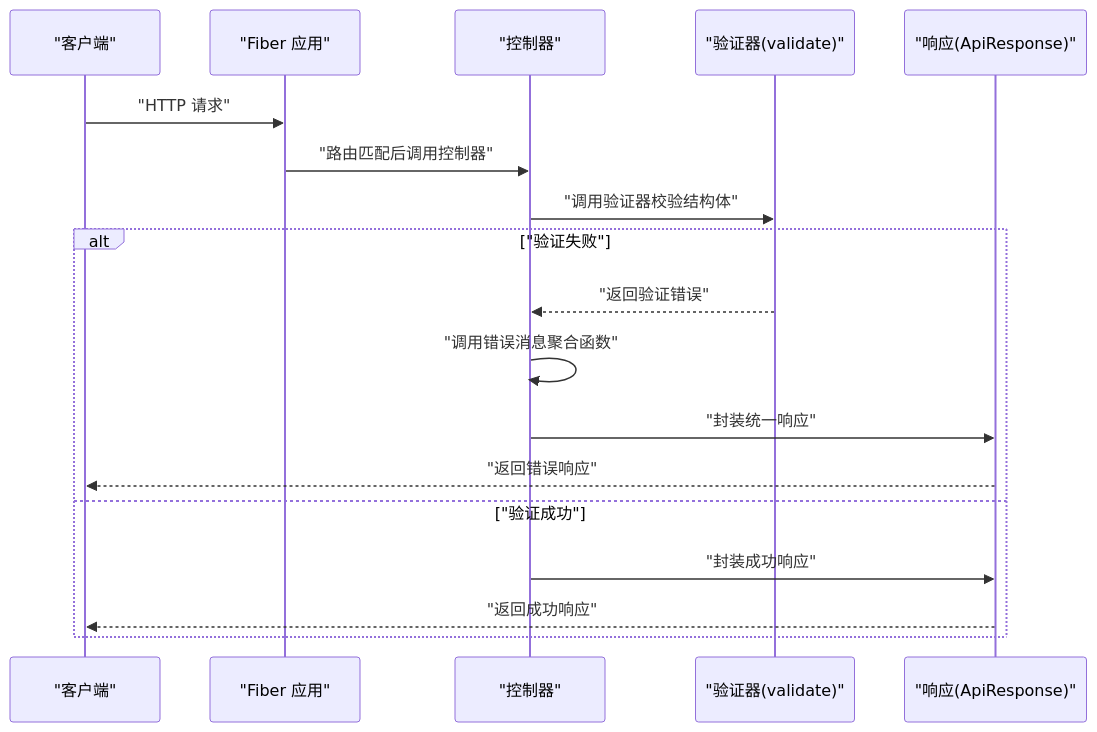
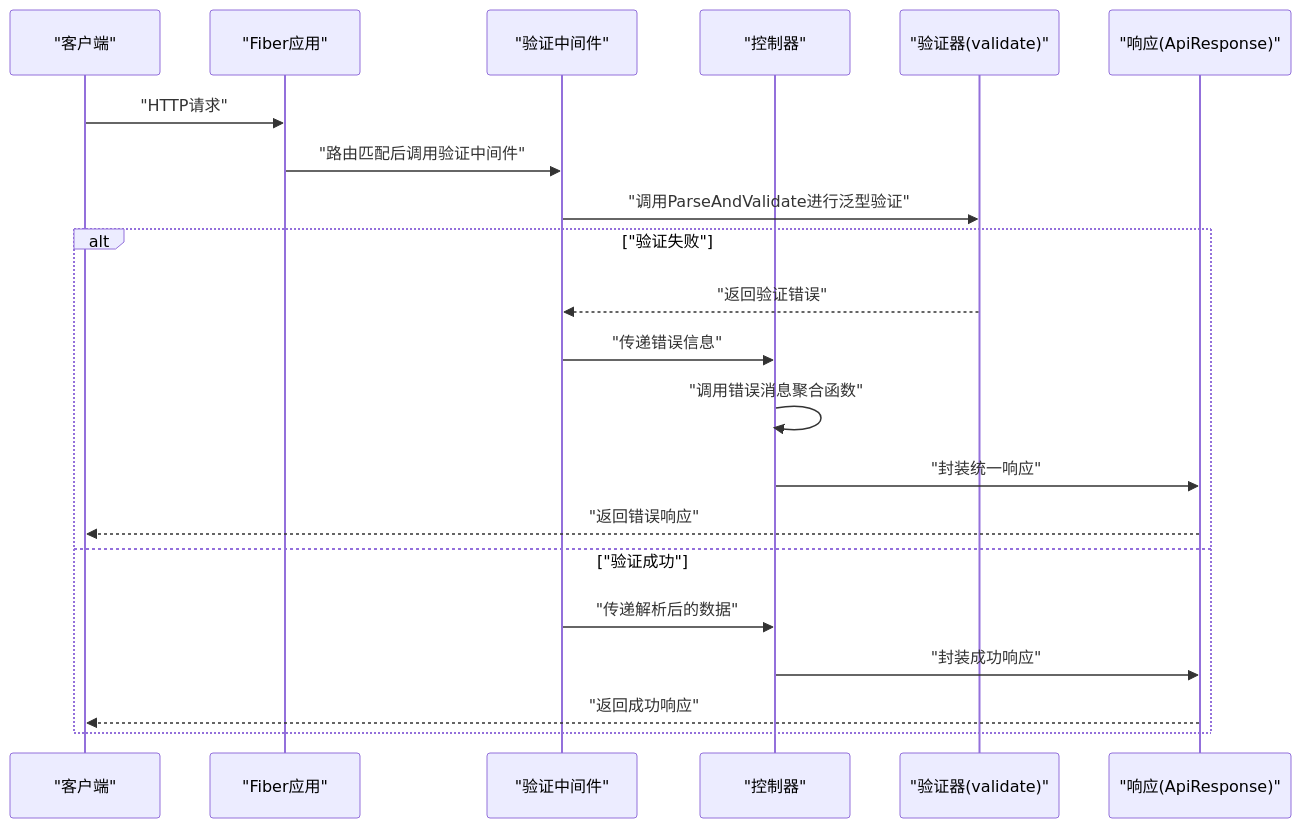
Before and after one commit to wuwuseo/cmf: the second of 3 diagrams in .qoder/repowiki/zh/content/数据验证.md, drawn with Mermaid. The commit also changed other lines of this file and 5 other files, not shown here.

````diff
--- a/.qoder/repowiki/zh/content/数据验证.md
+++ b/.qoder/repowiki/zh/content/数据验证.md
@@ -89,20 +106,23 @@
 ```mermaid
 sequenceDiagram
 participant Client as "客户端"
-participant Fiber as "Fiber 应用"
+participant Fiber as "Fiber应用"
+participant Middleware as "验证中间件"
 participant Ctrl as "控制器"
 participant Val as "验证器(validate)"
 participant Resp as "响应(ApiResponse)"
-Client->>Fiber : "HTTP 请求"
-Fiber->>Ctrl : "路由匹配后调用控制器"
-Ctrl->>Val : "调用验证器校验结构体"
+Client->>Fiber : "HTTP请求"
+Fiber->>Middleware : "路由匹配后调用验证中间件"
+Middleware->>Val : "调用ParseAndValidate进行泛型验证"
 alt "验证失败"
-Val-->>Ctrl : "返回验证错误"
+Val-->>Middleware : "返回验证错误"
+Middleware->>Ctrl : "传递错误信息"
 Ctrl->>Ctrl : "调用错误消息聚合函数"
 Ctrl->>Resp : "封装统一响应"
 Resp-->>Client : "返回错误响应"
 else "验证成功"
+Middleware->>Ctrl : "传递解析后的数据"
 Ctrl->>Resp : "封装成功响应"
 Resp-->>Client : "返回成功响应"
 end
 ```
````
